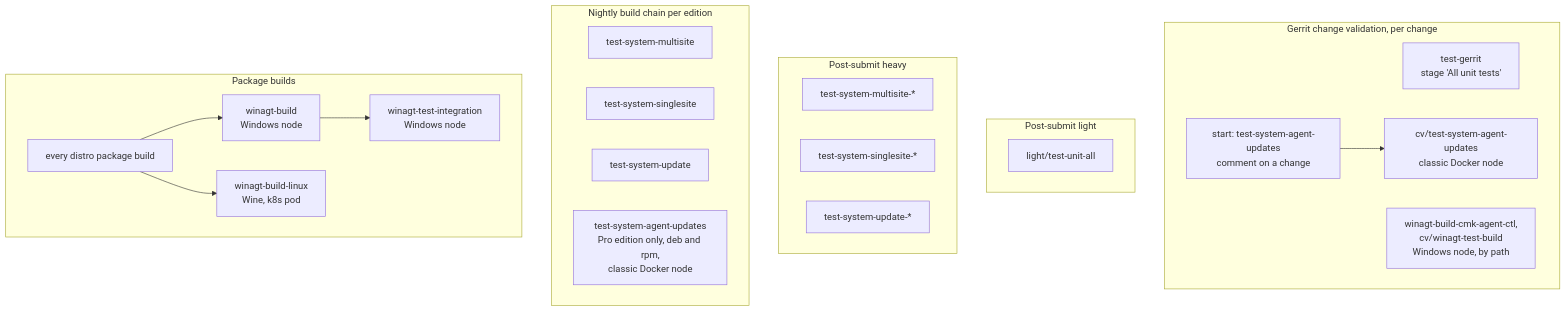
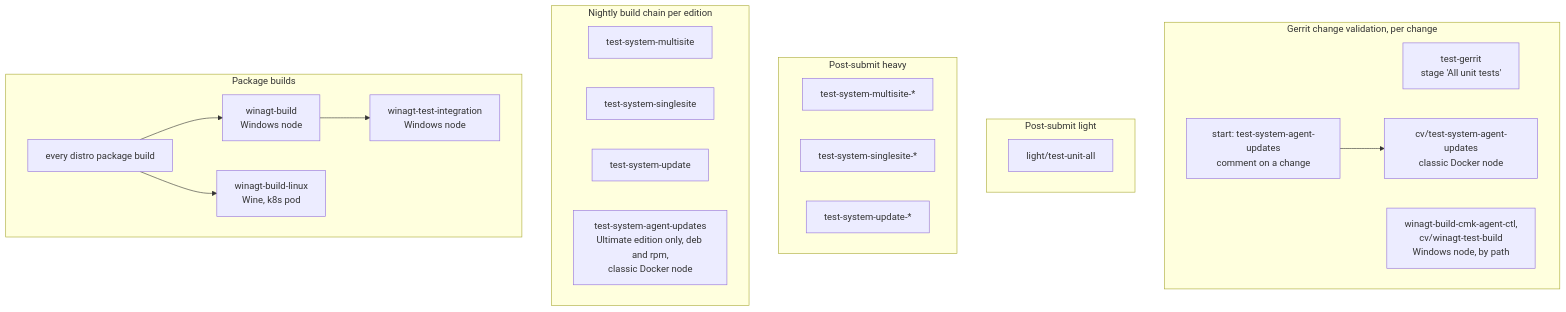
Before and after one commit to Checkmk/checkmk: the diagram in packages/cmk-agent-ctl/tests/docs/ci-jobs.md, drawn with Mermaid. The commit also changed other lines of this file and 2 other files, not shown here.

First line of the commit message:
ci: run the agent update suite on Ultimate

````diff
--- a/packages/cmk-agent-ctl/tests/docs/ci-jobs.md
+++ b/packages/cmk-agent-ctl/tests/docs/ci-jobs.md
@@ -8,37 +8,37 @@
 ```mermaid
 flowchart TD
     subgraph CV["Gerrit change validation, per change"]
         TG["test-gerrit<br/>stage 'All unit tests'"]
         START["start: test-system-agent-updates<br/>comment on a change"]
         AU["cv/test-system-agent-updates<br/>classic Docker node"]
         START --> AU
         WIN["winagt-build-cmk-agent-ctl,<br/>cv/winagt-test-build<br/>Windows node, by path"]
     end
 
     subgraph LIGHT["Post-submit light"]
         TUA["light/test-unit-all"]
     end
 
     subgraph HEAVY["Post-submit heavy"]
         HM["test-system-multisite-*"]
         HS["test-system-singlesite-*"]
         HU["test-system-update-*"]
     end
 
     subgraph NIGHTLY["Nightly build chain per edition"]
         NM["test-system-multisite"]
         NS["test-system-singlesite"]
         NU["test-system-update"]
-        NAU["test-system-agent-updates<br/>Pro edition only, deb and rpm,<br/>classic Docker node"]
+        NAU["test-system-agent-updates<br/>Ultimate edition only, deb and rpm,<br/>classic Docker node"]
     end
 
     subgraph PKG["Package builds"]
         PAB["every distro package build"]
         WB["winagt-build<br/>Windows node"]
         WBL["winagt-build-linux<br/>Wine, k8s pod"]
         WTI["winagt-test-integration<br/>Windows node"]
         PAB --> WB
         PAB --> WBL
         WB --> WTI
     end
 ```
````
